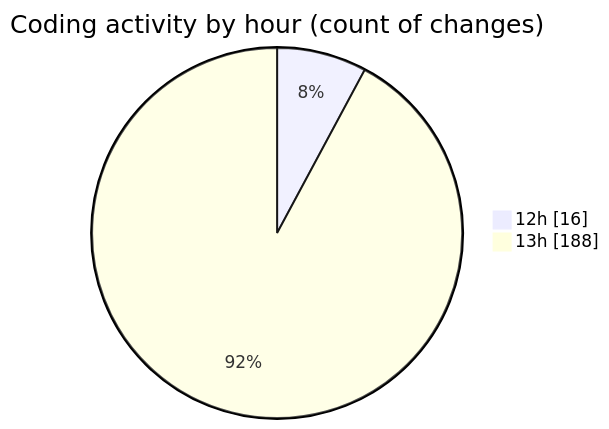
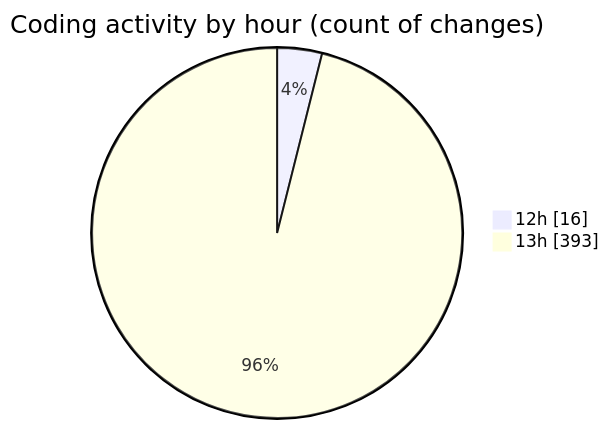
The second of 2 diagrams in 2025-09-16/www/README.md (vahidmafi/code-tracking), drawn with Mermaid before and after one commit. The commit also changed other lines of this file and 1 other file, not shown here.

````diff
--- a/2025-09-16/www/README.md
+++ b/2025-09-16/www/README.md
@@ -125,6 +307,6 @@
 ```mermaid
 pie showData
 title Coding activity by hour (count of changes)
 "12h" : 16
-"13h" : 188
+"13h" : 393
 ```
````
